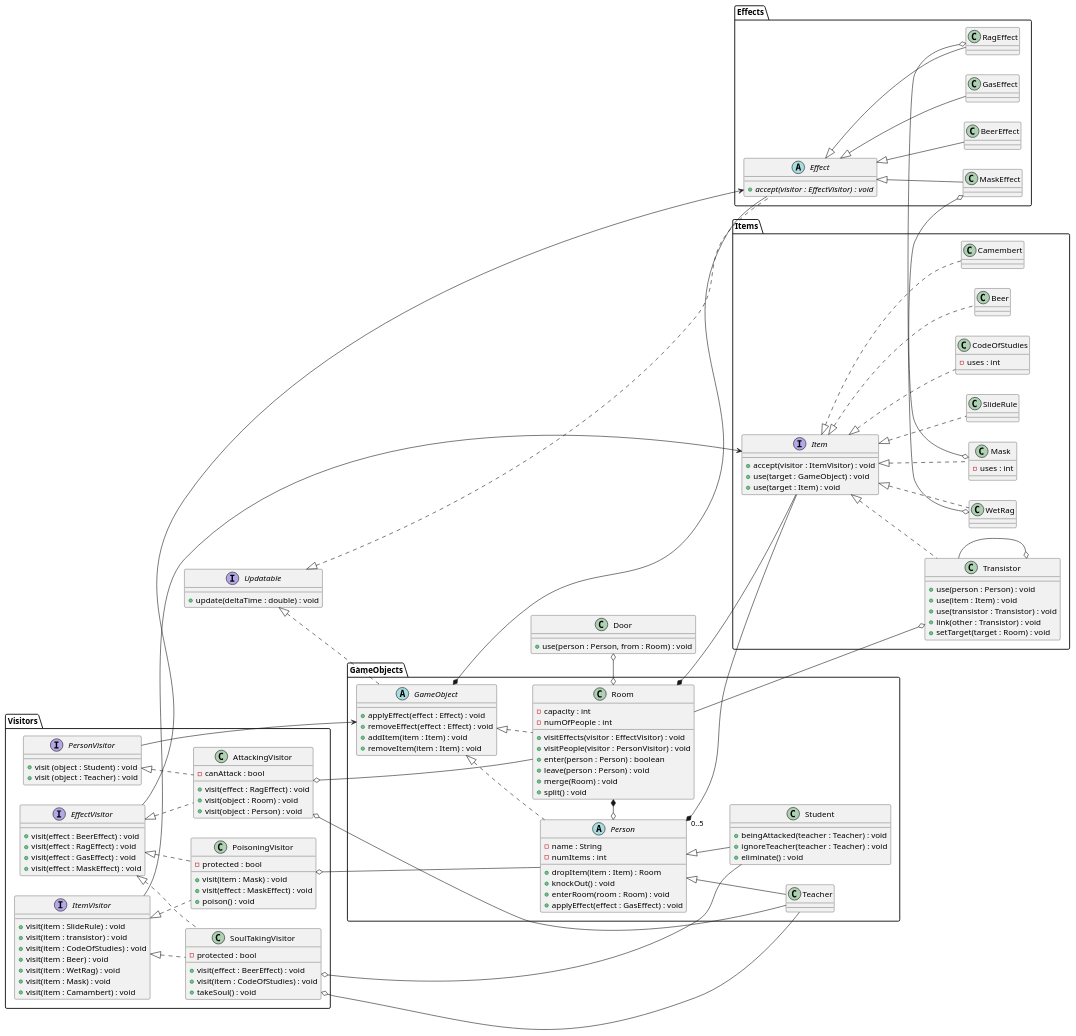
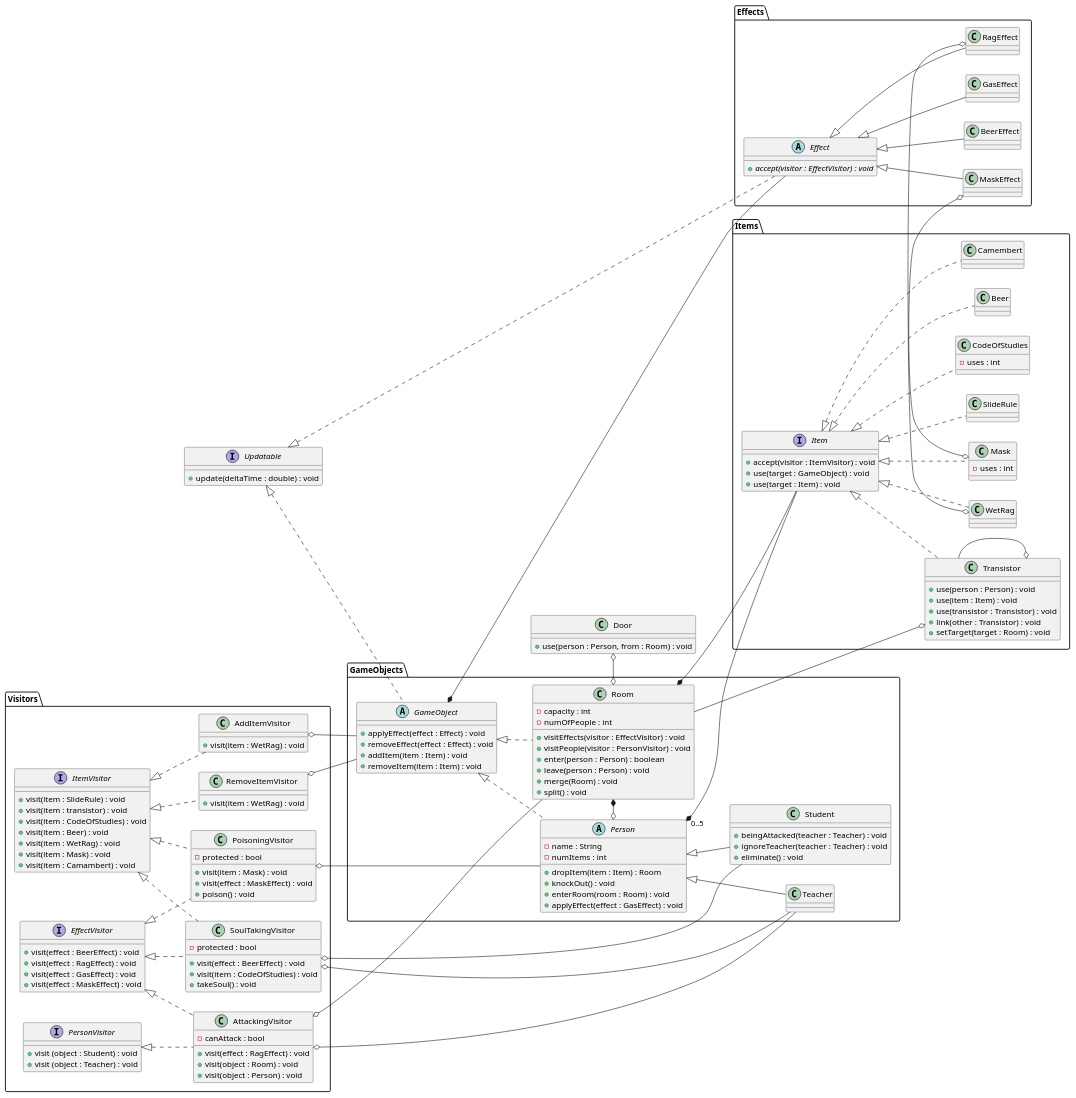
One commit to sn4k3ch4rm3r/logarlec changed the diagram in docs/diagrams/class/overview.puml. Above: the diagram before and after it, drawn with PlantUML. The commit also changed 4 other files, not shown here.

```diff
--- a/docs/diagrams/class/overview.puml
+++ b/docs/diagrams/class/overview.puml
@@ -1,192 +1,200 @@
 @startuml effects
 
 left to right direction
 
 interface Updatable {
 	+ update(deltaTime : double) : void
 }
 
 package Visitors {
 	interface EffectVisitor {
 		+ visit(effect : BeerEffect) : void
 		+ visit(effect : RagEffect) : void
 		+ visit(effect : GasEffect) : void
 		+ visit(effect : MaskEffect) : void
 	}
 	interface ItemVisitor {
 		+ visit(item : SlideRule) : void
 		+ visit(item : transistor) : void
 		+ visit(item : CodeOfStudies) : void
 		+ visit(item : Beer) : void
 		+ visit(item : WetRag) : void
 		+ visit(item : Mask) : void
 		+ visit(item : Camambert) : void
 	}
 	interface PersonVisitor {
 		+ visit (object : Student) : void
 		+ visit (object : Teacher) : void
 	}
 
 	class SoulTakingVisitor {
 		- protected : bool
 		+ visit(effect : BeerEffect) : void
 		+ visit(item : CodeOfStudies) : void
 		+ takeSoul() : void
 	}
 	class PoisoningVisitor {
 		- protected : bool
 		+ visit(item : Mask) : void
 		+ visit(effect : MaskEffect) : void
 		+ poison() : void
 	}
 	class AttackingVisitor {
 		- canAttack : bool
 		+ visit(effect : RagEffect) : void
 		+ visit(object : Room) : void
 		+ visit(object : Person) : void
+	}
+	class AddItemVisitor {
+		+ visit(item : WetRag) : void
+	}
+	class RemoveItemVisitor {
+		+ visit(item : WetRag) : void
 	}
 }
 
 package GameObjects {
 	abstract GameObject {
 		+ applyEffect(effect : Effect) : void
 		+ removeEffect(effect : Effect) : void
 		+ addItem(item : Item) : void
 		+ removeItem(item : Item) : void
 	}
 
 	abstract Person {
 		- name : String
 		- numItems : int
 		+ dropItem(item : Item) : Room
 		+ knockOut() : void
 		+ enterRoom(room : Room) : void
 		+ applyEffect(effect : GasEffect) : void
 	}
 
 	class Student {
 		+ beingAttacked(teacher : Teacher) : void
 		+ ignoreTeacher(teacher : Teacher) : void
 		+ eliminate() : void
 	}
 	class Teacher {
 		
 	}
 
 	class Room {
 		- capacity : int
 		- numOfPeople : int
 		+ visitEffects(visitor : EffectVisitor) : void
 		+ visitPeople(visitor : PersonVisitor) : void
 		+ enter(person : Person) : boolean
 		+ leave(person : Person) : void
 		+ merge(Room) : void
 		+ split() : void
 	}
 }
 
 class Door {
     +use(person : Person, from : Room) : void
 }
 
 package Items {
 	interface Item {
 		+ accept(visitor : ItemVisitor) : void
 		+ use(target : GameObject) : void
 		+ use(target : Item) : void
 	}
 	class SlideRule
 	class Transistor {
 		+ use(person : Person) : void
 		+ use(item : Item) : void
 		+ use(transistor : Transistor) : void
 		+ link(other : Transistor) : void
 		+ setTarget(target : Room) : void
 	}
 	class CodeOfStudies {
 		- uses : int
 	}
 	class Beer {
 	}
 	class WetRag {
 	}
 	class Mask {
 		- uses : int
 	}
 	class Camembert {
 	}
 }
 
 package Effects {
 	abstract Effect {
 		{abstract} + accept(visitor : EffectVisitor) : void
 
 	}
 
 	class BeerEffect
 	class RagEffect
 	class GasEffect
 	class MaskEffect
 }
 
 together {
 	Effect <|-- BeerEffect
 	Effect <|-- RagEffect
 	Effect <|-- GasEffect
 	Effect <|-- MaskEffect
 }
 
 together {
 	Item <|.- SlideRule
 	Item <|.- Transistor
 	Item <|.- CodeOfStudies
 	Item <|.- Beer
 	Item <|.- WetRag
 	Item <|.- Mask
 	Item <|.- Camembert
 }
 
 Updatable <|.- GameObject
 Updatable <|.- Effect
 GameObject <|.- Person
 GameObject <|.- Room
 Person <|-- Teacher
 Person <|-- Student
 
 
-GameObject *- Effect
+GameObject *-- Effect
 
 Room *-o Person
 Room *-- Item
 
 Person "0..5" *- Item
 
 ItemVisitor <|.- SoulTakingVisitor
 EffectVisitor <|.- SoulTakingVisitor
 
 ItemVisitor <|.- PoisoningVisitor
 EffectVisitor <|.- PoisoningVisitor
 
 EffectVisitor <|.- AttackingVisitor
 PersonVisitor <|.- AttackingVisitor
 
-PersonVisitor ---> GameObject
-EffectVisitor ---> Effect
-ItemVisitor ---> Item
+ItemVisitor <|.- AddItemVisitor
+ItemVisitor <|.- RemoveItemVisitor
 
 Transistor --o Transistor
 Room --o Transistor
 
 SoulTakingVisitor o-- Teacher
 SoulTakingVisitor o-- Student
 
 PoisoningVisitor o-- Person
 
 AttackingVisitor o-- Teacher
 AttackingVisitor o-- Room
 
+AddItemVisitor o-- GameObject
+RemoveItemVisitor o-- GameObject
+
 Room o-o Door
 
 WetRag o-o RagEffect
 Mask o-o MaskEffect
 @enduml
```
